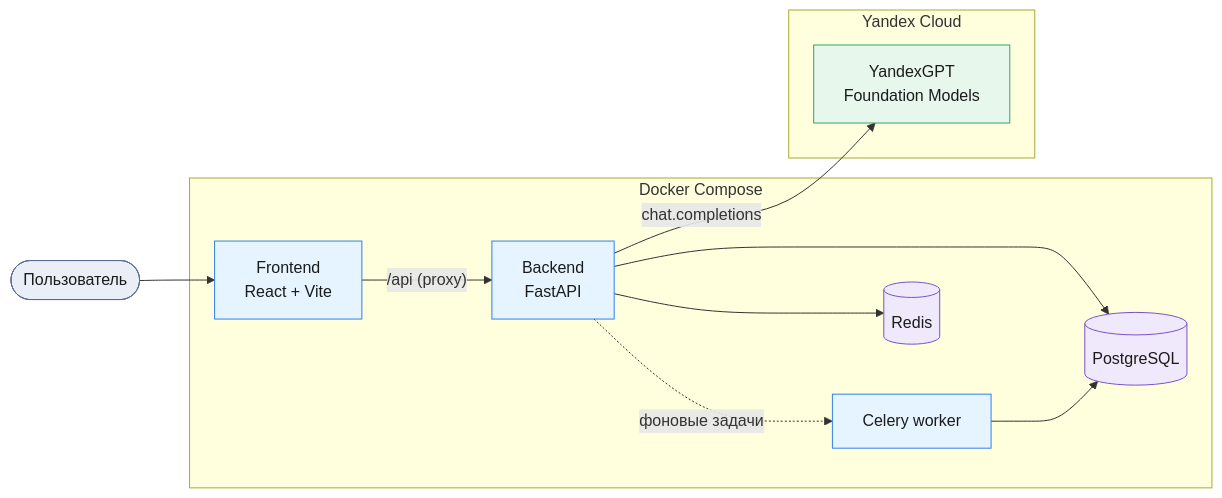
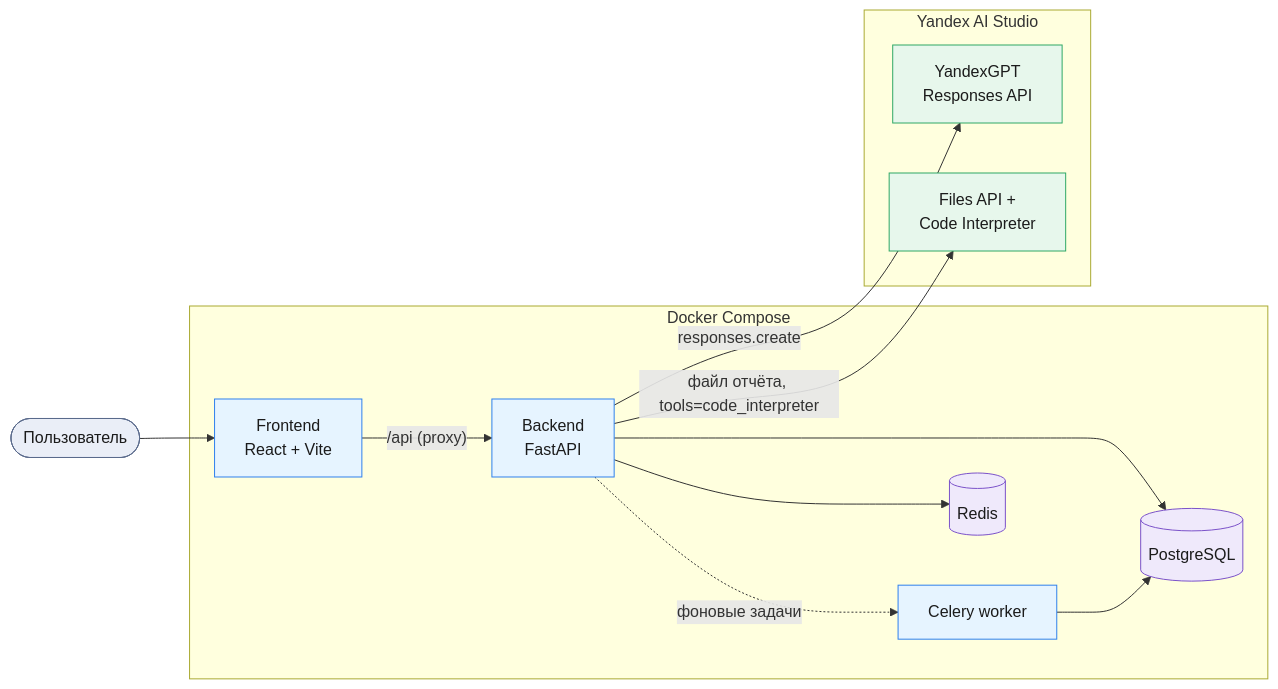
One commit to Li-Natalia/neuro_auditor changed the first of 3 diagrams in README.md. Above: the diagram before and after it, drawn with Mermaid. The commit also changed other lines of this file and 1 other file, not shown here.

Commit message:
docs: README под Yandex AI Studio, режимы чата, LICENSE (MIT)

````diff
--- a/README.md
+++ b/README.md
@@ -18,24 +18,26 @@
 ```mermaid
 flowchart LR
     U([Пользователь]):::user --> FE
     subgraph DC["Docker Compose"]
         FE["Frontend<br/>React + Vite"]:::app
         BE["Backend<br/>FastAPI"]:::app
         CW["Celery worker"]:::app
         PG[("PostgreSQL")]:::data
         RD[("Redis")]:::data
     end
-    subgraph YC["Yandex Cloud"]
-        LLM["YandexGPT<br/>Foundation Models"]:::ai
+    subgraph YC["Yandex AI Studio"]
+        LLM["YandexGPT<br/>Responses API"]:::ai
+        FS["Files API +<br/>Code Interpreter"]:::ai
     end
     FE -->|"/api (proxy)"| BE
     BE --> PG
     BE --> RD
     BE -.->|"фоновые задачи"| CW
     CW --> PG
-    BE -->|"chat.completions"| LLM
+    BE -->|"responses.create"| LLM
+    BE -->|"файл отчёта, tools=code_interpreter"| FS
     classDef user fill:#eaeef7,stroke:#5b6b8c,color:#1b1b1b
     classDef app fill:#e6f4ff,stroke:#2f80ed,color:#1b1b1b
     classDef data fill:#efe9fb,stroke:#7b52c9,color:#1b1b1b
     classDef ai fill:#e7f7ec,stroke:#2fa866,color:#1b1b1b
 ```
````
